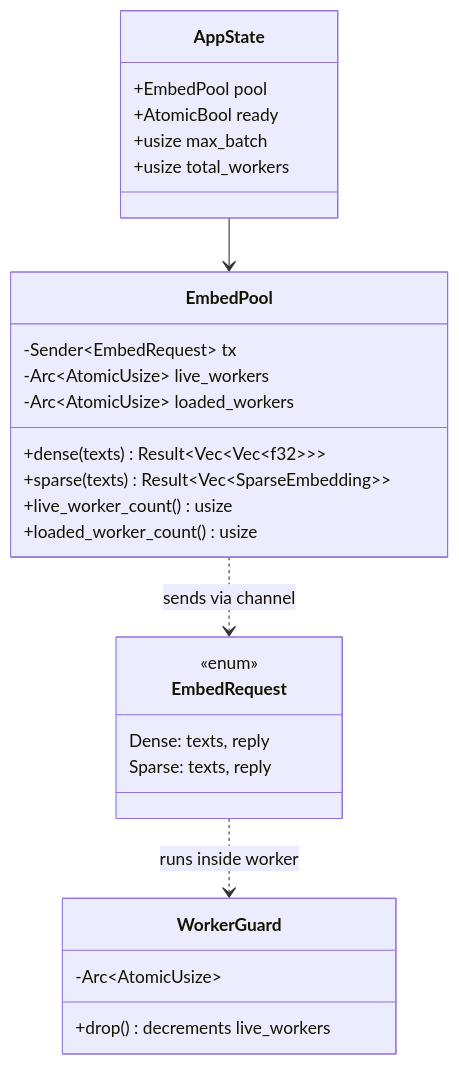
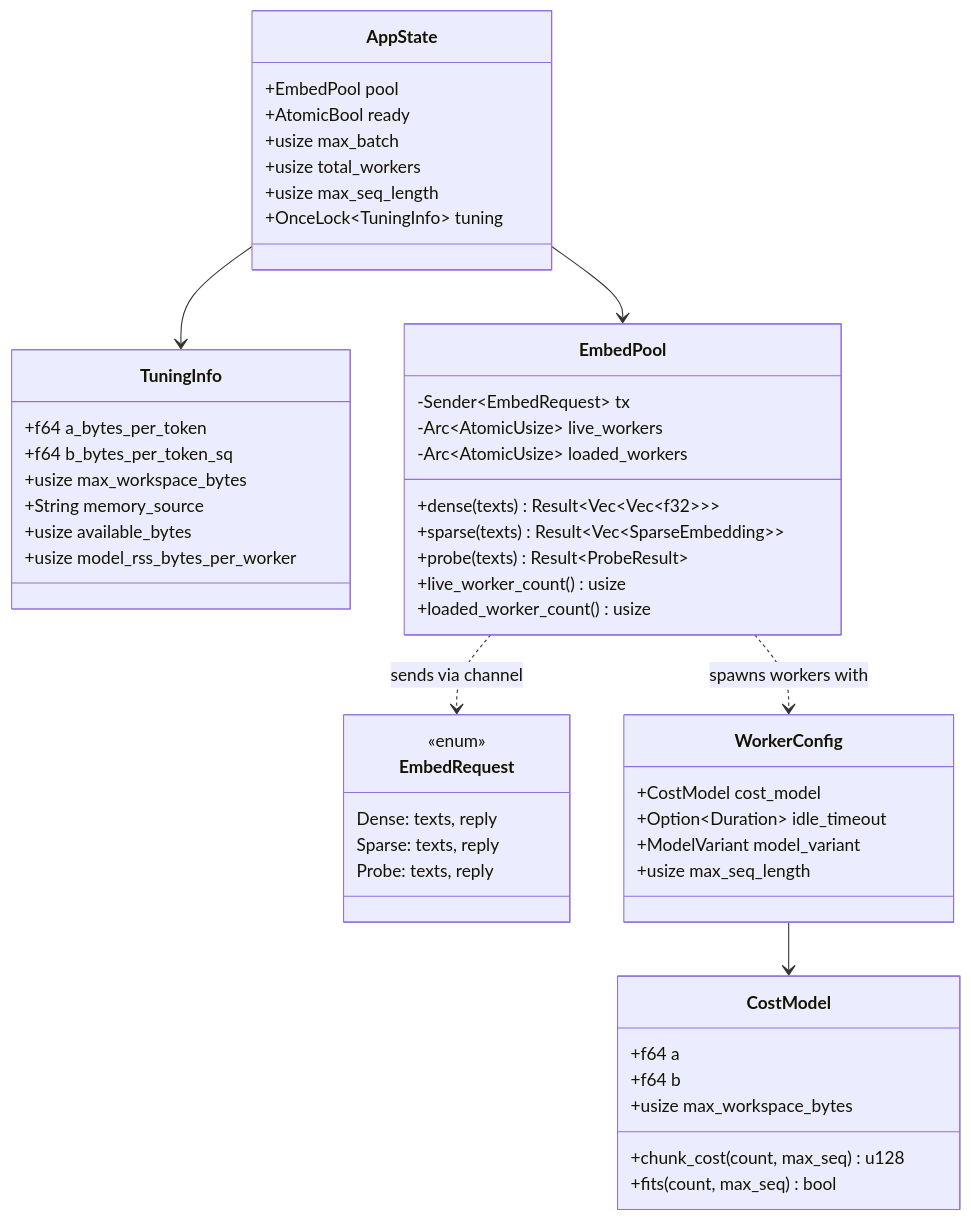
One commit to Fulton-Engineering-Services/bge-m3-embedding-server changed the third of 5 diagrams in docs/architecture.md. Above: the diagram before and after it, drawn with Mermaid. The commit also changed other lines of this file and 32 other files, not shown here.

````diff
--- a/docs/architecture.md
+++ b/docs/architecture.md
@@ -96,34 +99,59 @@
 ```mermaid
 classDiagram
     class AppState {
         +EmbedPool pool
         +AtomicBool ready
         +usize max_batch
         +usize total_workers
+        +usize max_seq_length
+        +OnceLock~TuningInfo~ tuning
+    }
+
+    class TuningInfo {
+        +f64 a_bytes_per_token
+        +f64 b_bytes_per_token_sq
+        +usize max_workspace_bytes
+        +String memory_source
+        +usize available_bytes
+        +usize model_rss_bytes_per_worker
     }
 
     class EmbedPool {
         -Sender~EmbedRequest~ tx
         -Arc~AtomicUsize~ live_workers
         -Arc~AtomicUsize~ loaded_workers
         +dense(texts) Result~Vec~Vec~f32~~~
         +sparse(texts) Result~Vec~SparseEmbedding~~
+        +probe(texts) Result~ProbeResult~
         +live_worker_count() usize
         +loaded_worker_count() usize
     }
 
     class EmbedRequest {
         <<enum>>
         Dense: texts, reply
         Sparse: texts, reply
+        Probe: texts, reply
     }
 
-    class WorkerGuard {
-        -Arc~AtomicUsize~
-        +drop() decrements live_workers
+    class WorkerConfig {
+        +CostModel cost_model
+        +Option~Duration~ idle_timeout
+        +ModelVariant model_variant
+        +usize max_seq_length
+    }
+
+    class CostModel {
+        +f64 a
+        +f64 b
+        +usize max_workspace_bytes
+        +chunk_cost(count, max_seq) u128
+        +fits(count, max_seq) bool
     }
 
     AppState --> EmbedPool
+    AppState --> TuningInfo
     EmbedPool ..> EmbedRequest : sends via channel
-    EmbedRequest ..> WorkerGuard : runs inside worker
+    EmbedPool ..> WorkerConfig : spawns workers with
+    WorkerConfig --> CostModel
 ```
````
